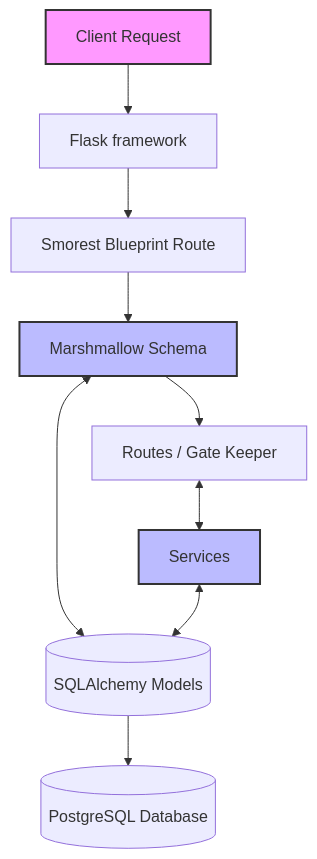
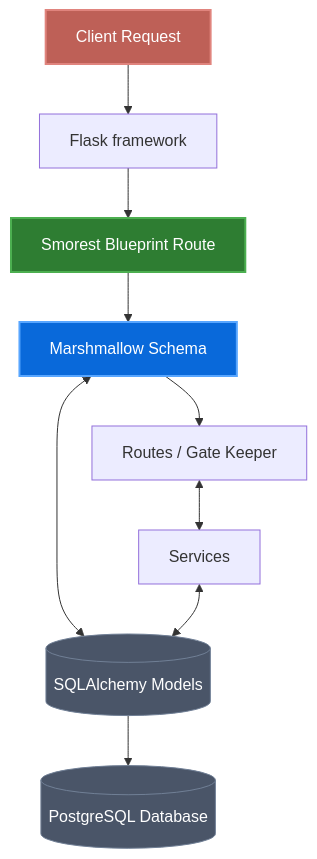
One commit to Revou-FSSE-Jun26/module-2-miftahalrasyid changed the diagram in README.md. Above: the diagram before and after it, drawn with Mermaid.

Commit message:
chores(readme): testing diagram color

````diff
--- a/README.md
+++ b/README.md
@@ -25,16 +25,32 @@
 ```mermaid
+
 graph TD
     A[Client Request] --> B[Flask framework]
     B --> C[Smorest Blueprint Route]
     C --> D[Marshmallow Schema]
     D <--> E[(SQLAlchemy Models)]
     D --> F[Routes / Gate Keeper]
     F <--> G[Services]
     G <--> E
     E --> H[(PostgreSQL Database)]
 
-    %% Styling Warna Kotak (Opsional)
-    style A fill:#f9f,stroke:#333,stroke-width:2px
-    style G fill:#bbf,stroke:#333,stroke-width:2px
-    style D fill:#bbf,stroke:#333,stroke-width:2px
+    %% 🎨 STRATEGI WARNA MULTI-KUSTOM (VS CODE & GITHUB ALL OK)
+    
+    %% 1. Kelas Warna Merah Muda / Magenta (Untuk Client Request)
+    classDef wadahPink fill:#be6057,stroke:#e0847d,color:#ffffff,stroke-width:2px;
+    
+    %% 2. Kelas Warna Hijau / Toska (Untuk Smorest Blueprint)
+    classDef wadahHijau fill:#2e7d32,stroke:#4caf50,color:#ffffff,stroke-width:2px;
+    
+    %% 3. Kelas Warna Biru Cerah (Untuk Marshmallow Schema & Services)
+    classDef wadahBiru fill:#0969da,stroke:#58a6ff,color:#ffffff,stroke-width:2px;
+    
+    %% 4. Kelas Warna Abu Gelap (Untuk Komponen Database)
+    classDef wadahDatabase fill:#4a5568,stroke:#718096,color:#ffffff,stroke-width:1px;
+
+    %% Aplikasikan kelas unik ke masing-masing elemen sesuai keinginan Anda
+    class A wadahPink;       
+    class C wadahHijau;      
+    class D wadahBiru;     
+    class E,H wadahDatabase;     
 ```
````
